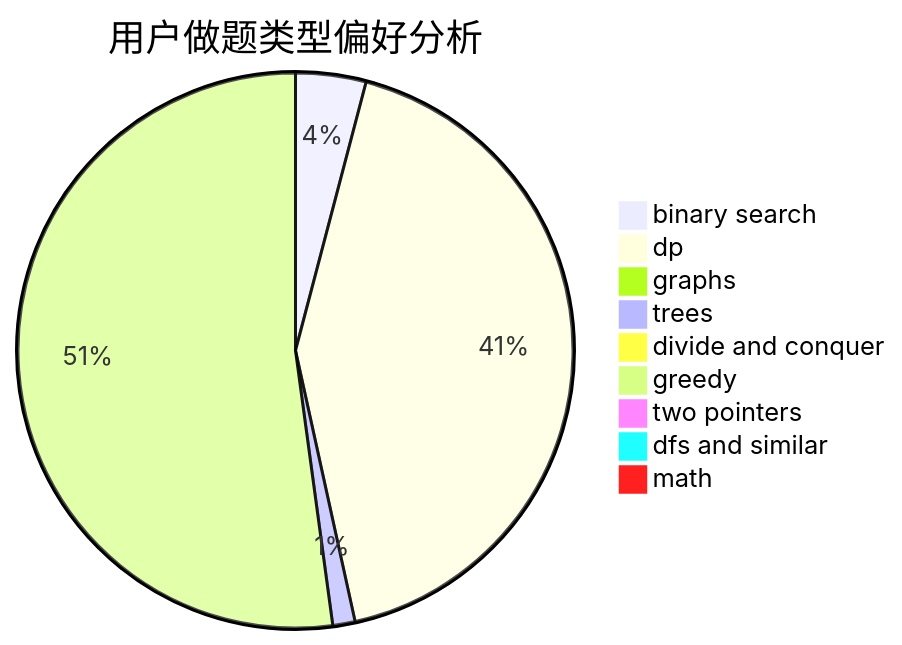
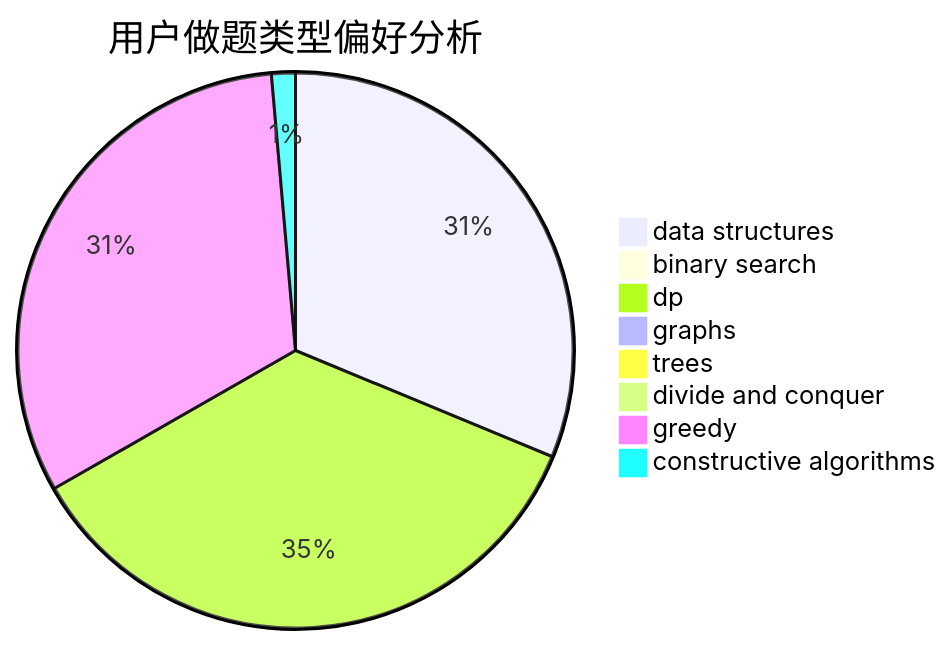
One commit to sherpahu/cfrs.github.io changed the second of 3 diagrams in docs/user/u715.md. Above: the diagram before and after it, drawn with Mermaid. The commit also changed other lines of this file and 2775 other files, not shown here.

````diff
--- a/docs/user/u715.md
+++ b/docs/user/u715.md
@@ -23,12 +23,11 @@
 ```mermaid
 pie title 用户做题类型偏好分析
-    "binary search" :  41
-    "dp" :  425
-    "graphs" :  10
-    "trees" :  13
+    "data structures" :  338
+    "binary search" :  1
+    "dp" :  384
+    "graphs" :  5
+    "trees" :  4
     "divide and conquer" :  9
-    "greedy" :  522
-    "two pointers" :  3
-    "dfs and similar" :  5
-    "math" :  5
+    "greedy" :  345
+    "constructive algorithms" :  15
 ```
````
